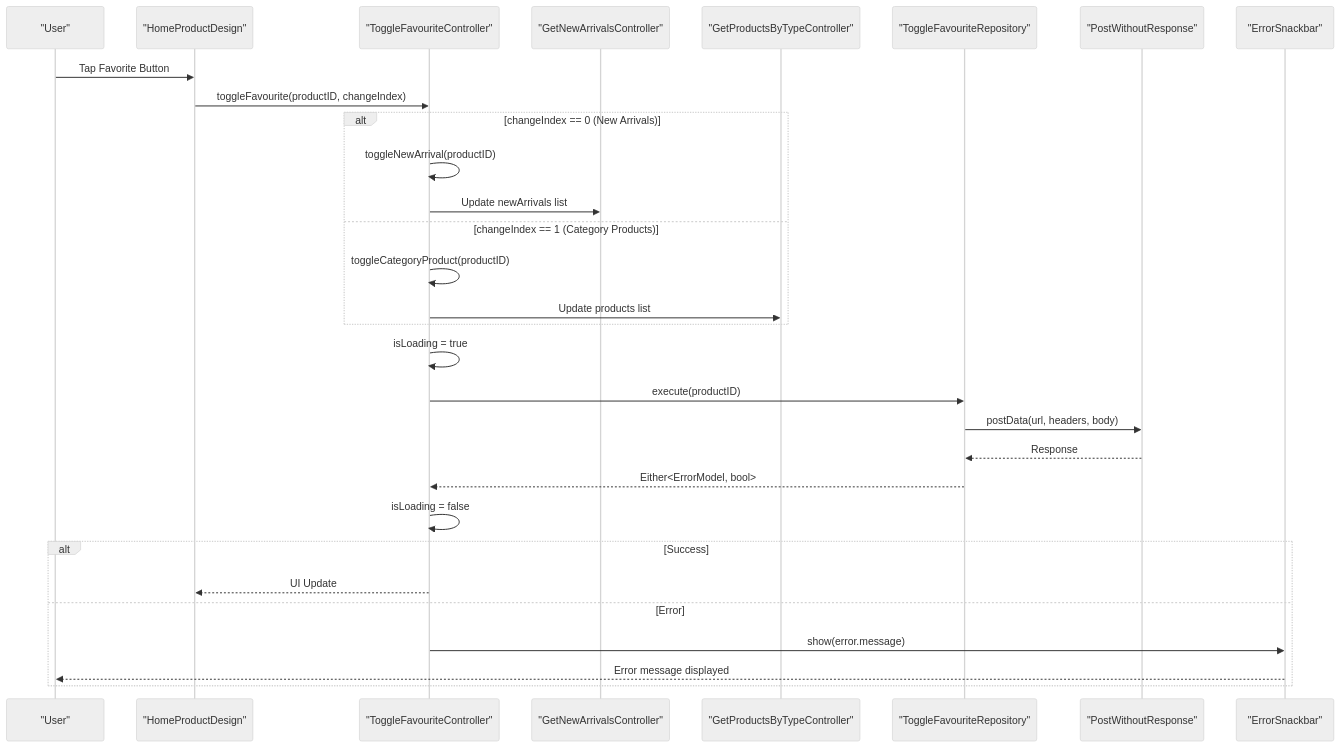
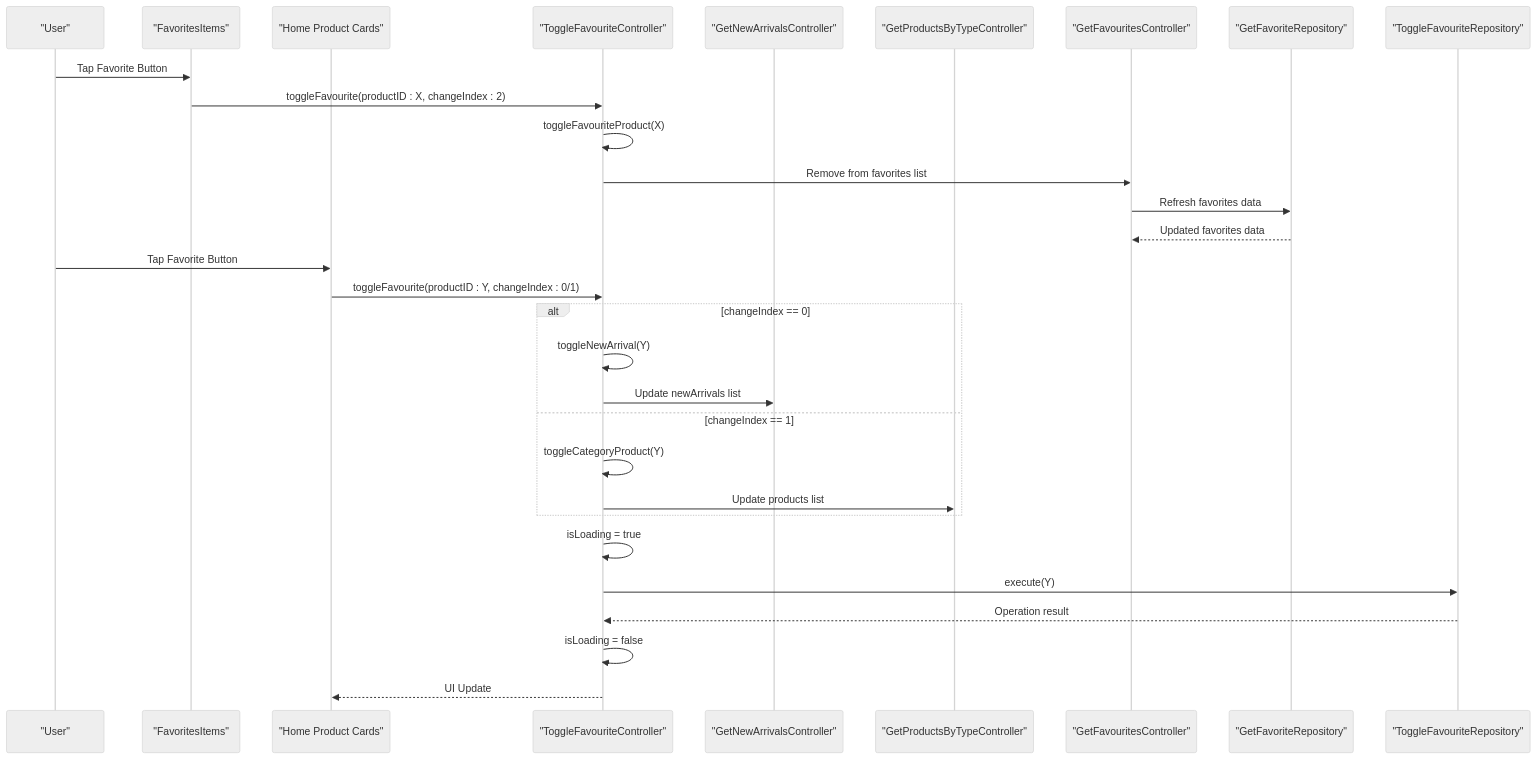
One commit to Ariful3111/FurniGo changed the sixth of 14 diagrams in .qoder/repowiki/en/content/Core Features/Favorites Module.md. Above: the diagram before and after it, drawn with Mermaid (neutral theme). The commit also changed other lines of this file and 67 other files, not shown here.

````diff
--- a/.qoder/repowiki/en/content/Core Features/Favorites Module.md
+++ b/.qoder/repowiki/en/content/Core Features/Favorites Module.md
@@ -308,32 +380,32 @@
 ```mermaid
 sequenceDiagram
 participant User as "User"
-participant HomeUI as "HomeProductDesign"
+participant FavoritesUI as "FavoritesItems"
+participant HomeUI as "Home Product Cards"
 participant Controller as "ToggleFavouriteController"
 participant NewArrival as "GetNewArrivalsController"
 participant Category as "GetProductsByTypeController"
-participant Repo as "ToggleFavouriteRepository"
-participant Network as "PostWithoutResponse"
-participant Snackbar as "ErrorSnackbar"
+participant Favourites as "GetFavouritesController"
+participant GetRepo as "GetFavoriteRepository"
+participant ToggleRepo as "ToggleFavouriteRepository"
+User->>FavoritesUI : Tap Favorite Button
+FavoritesUI->>Controller : toggleFavourite(productID : X, changeIndex : 2)
+Controller->>Controller : toggleFavouriteProduct(X)
+Controller->>Favourites : Remove from favorites list
+Favourites->>GetRepo : Refresh favorites data
+GetRepo-->>Favourites : Updated favorites data
 User->>HomeUI : Tap Favorite Button
-HomeUI->>Controller : toggleFavourite(productID, changeIndex)
-alt changeIndex == 0 (New Arrivals)
-Controller->>Controller : toggleNewArrival(productID)
+HomeUI->>Controller : toggleFavourite(productID : Y, changeIndex : 0/1)
+alt changeIndex == 0
+Controller->>Controller : toggleNewArrival(Y)
 Controller->>NewArrival : Update newArrivals list
-else changeIndex == 1 (Category Products)
-Controller->>Controller : toggleCategoryProduct(productID)
+else changeIndex == 1
+Controller->>Controller : toggleCategoryProduct(Y)
 Controller->>Category : Update products list
 end
 Controller->>Controller : isLoading = true
-Controller->>Repo : execute(productID)
-Repo->>Network : postData(url, headers, body)
-Network-->>Repo : Response
-Repo-->>Controller : Either<ErrorModel, bool>
+Controller->>ToggleRepo : execute(Y)
+ToggleRepo-->>Controller : Operation result
 Controller->>Controller : isLoading = false
-alt Success
 Controller-->>HomeUI : UI Update
-else Error
-Controller->>Snackbar : show(error.message)
-Snackbar-->>User : Error message displayed
-end
 ```
````
